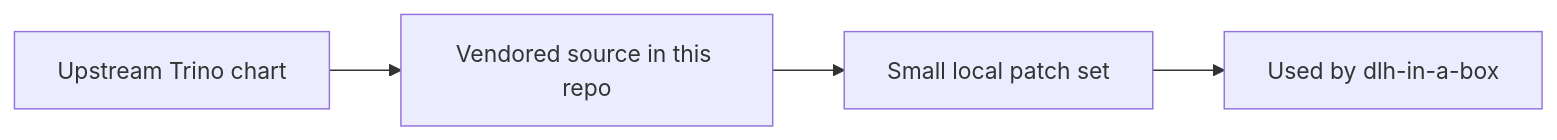
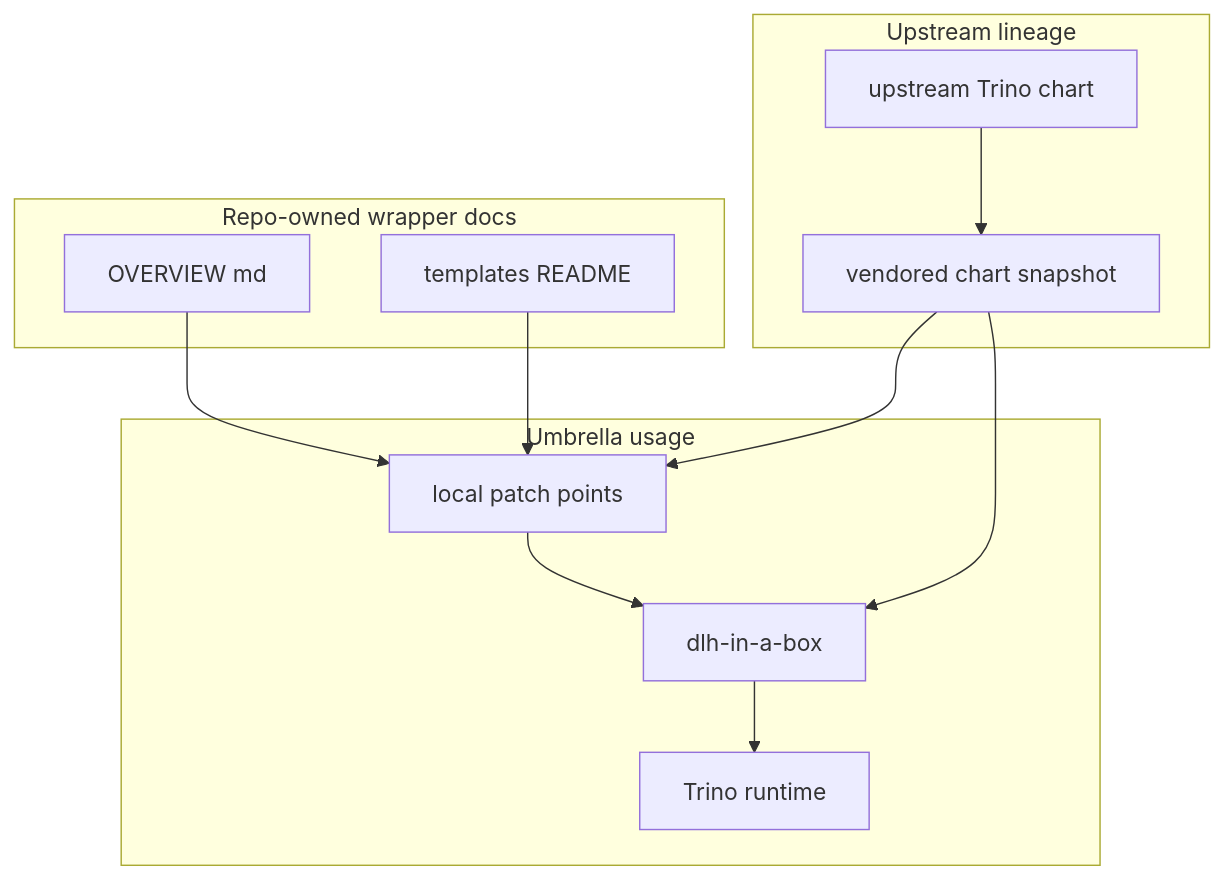
Before and after one commit to sanger-pathogens/dlh-in-a-box-umbrella-helm-chart: the diagram in charts/dlh-in-a-box/charts/trino/OVERVIEW.md, drawn with Mermaid. The commit also changed other lines of this file and 34 other files, not shown here.

Commit message:
docs: expand repo guides and add umbrella chart manual

````diff
--- a/charts/dlh-in-a-box/charts/trino/OVERVIEW.md
+++ b/charts/dlh-in-a-box/charts/trino/OVERVIEW.md
@@ -10,6 +18,26 @@
 ```mermaid
-flowchart LR
-  Upstream[Upstream Trino chart] --> VendorCopy[Vendored source in this repo]
-  VendorCopy --> LocalPatches[Small local patch set]
-  LocalPatches --> Umbrella[Used by dlh-in-a-box]
+flowchart TD
+  subgraph Upstream["Upstream lineage"]
+    UpstreamChart[upstream Trino chart]
+    VendorCopy[vendored chart snapshot]
+  end
+
+  subgraph LocalDocs["Repo-owned wrapper docs"]
+    Overview[OVERVIEW md]
+    TemplateGuide[templates README]
+  end
+
+  subgraph Usage["Umbrella usage"]
+    Umbrella[dlh-in-a-box]
+    Patched[local patch points]
+    Release[Trino runtime]
+  end
+
+  UpstreamChart --> VendorCopy
+  VendorCopy --> Patched
+  Overview --> Patched
+  TemplateGuide --> Patched
+  Patched --> Umbrella
+  VendorCopy --> Umbrella
+  Umbrella --> Release
 ```
````
